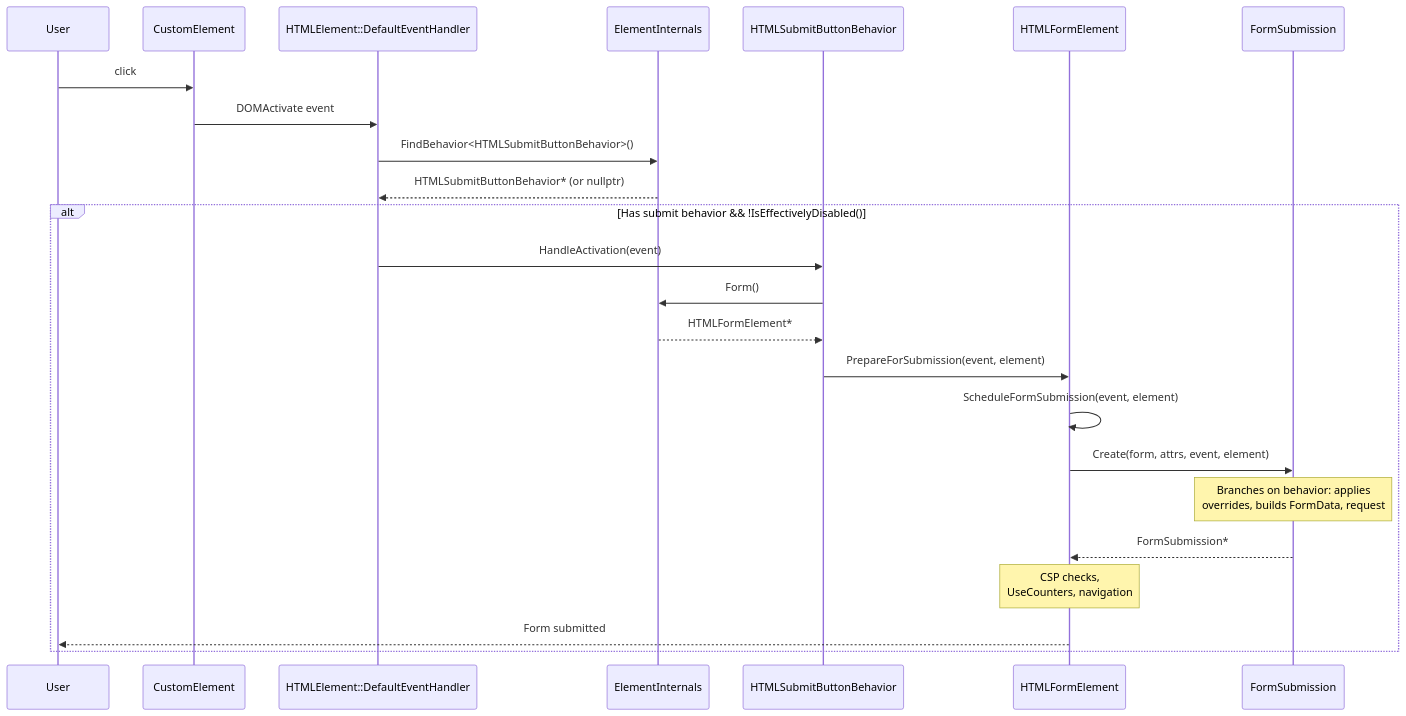
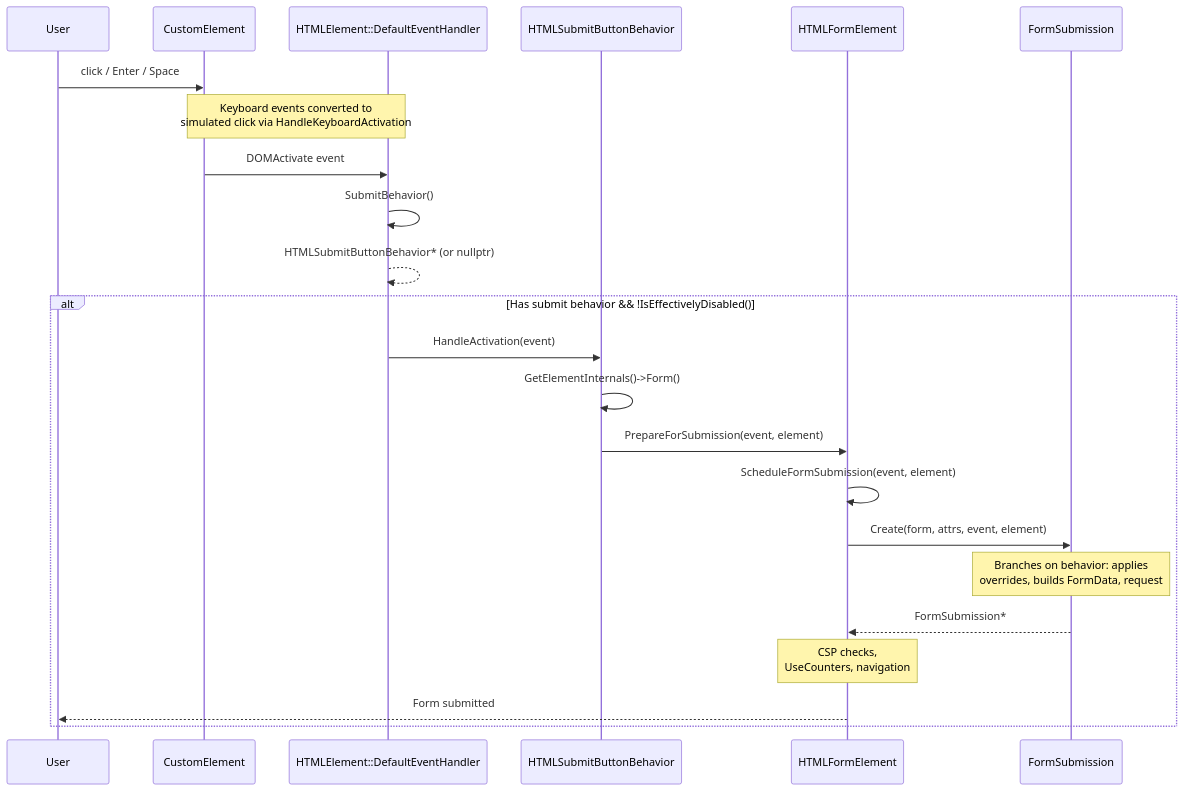
One commit to anaskim/Diagrams changed the diagram in PlatformProvidedBehaviors/SequenceDiagram.md. Above: the diagram before and after it, drawn with Mermaid.

Commit message:
Update sequence diagram to include keyboard events

````diff
--- a/PlatformProvidedBehaviors/SequenceDiagram.md
+++ b/PlatformProvidedBehaviors/SequenceDiagram.md
@@ -1,27 +1,26 @@
 ```mermaid
 sequenceDiagram
     participant User
     participant CustomElement
     participant HTMLElement as HTMLElement::DefaultEventHandler
-    participant EI as ElementInternals
     participant Behavior as HTMLSubmitButtonBehavior
     participant Form as HTMLFormElement
     participant FS as FormSubmission
 
-    User->>CustomElement: click
+    User->>CustomElement: click / Enter / Space
+    Note over CustomElement,HTMLElement: Keyboard events converted to<br/>simulated click via HandleKeyboardActivation
     CustomElement->>HTMLElement: DOMActivate event
-    HTMLElement->>EI: FindBehavior<HTMLSubmitButtonBehavior>()
-    EI-->>HTMLElement: HTMLSubmitButtonBehavior* (or nullptr)
+    HTMLElement->>HTMLElement: SubmitBehavior()
+    HTMLElement-->>HTMLElement: HTMLSubmitButtonBehavior* (or nullptr)
     alt Has submit behavior && !IsEffectivelyDisabled()
         HTMLElement->>Behavior: HandleActivation(event)
-        Behavior->>EI: Form()
-        EI-->>Behavior: HTMLFormElement*
+        Behavior->>Behavior: GetElementInternals()->Form()
         Behavior->>Form: PrepareForSubmission(event, element)
         Form->>Form: ScheduleFormSubmission(event, element)
         Form->>FS: Create(form, attrs, event, element)
         Note over FS: Branches on behavior: applies<br/>overrides, builds FormData, request
         FS-->>Form: FormSubmission*
         Note over Form: CSP checks,<br/>UseCounters, navigation
         Form-->>User: Form submitted
     end
 ```
````
